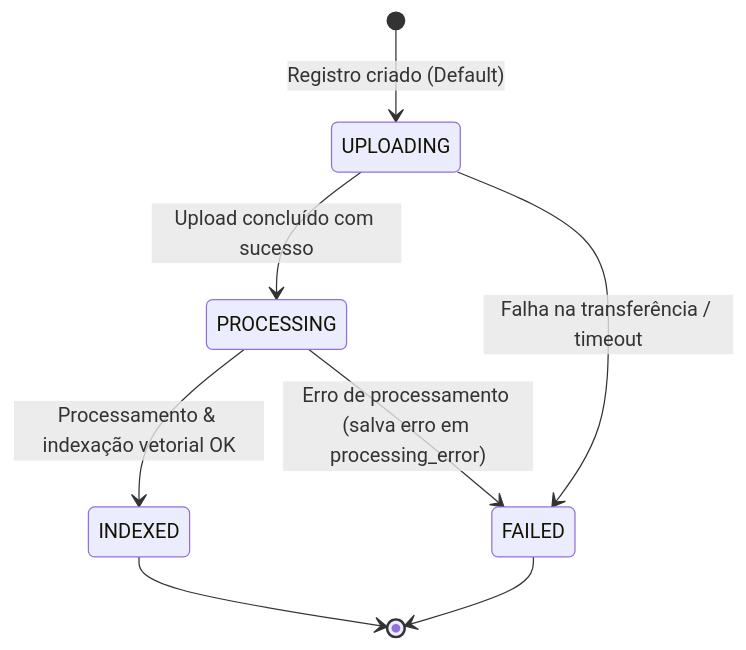
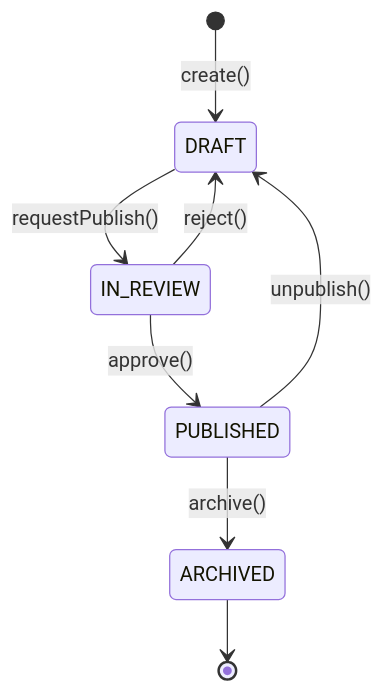
The first of 3 diagrams in _reversa_sdd/state-machines.md (Tavaressan/delphos), drawn with Mermaid before and after one commit. The commit also changed other lines of this file and 62 other files, not shown here.

````diff
--- a/_reversa_sdd/state-machines.md
+++ b/_reversa_sdd/state-machines.md
@@ -29,13 +13,10 @@
 ```mermaid
 stateDiagram-v2
-    [*] --> UPLOADING : Registro criado (Default)
-    
-    UPLOADING --> PROCESSING : Upload concluído com sucesso
-    UPLOADING --> FAILED : Falha na transferência / timeout
-    
-    PROCESSING --> INDEXED : Processamento & indexação vetorial OK
-    PROCESSING --> FAILED : Erro de processamento (salva erro em processing_error)
-    
-    INDEXED --> [*]
-    FAILED --> [*]
+    [*] --> DRAFT: create()
+    DRAFT --> IN_REVIEW: requestPublish()
+    IN_REVIEW --> PUBLISHED: approve()
+    IN_REVIEW --> DRAFT: reject()
+    PUBLISHED --> DRAFT: unpublish()
+    PUBLISHED --> ARCHIVED: archive()
+    ARCHIVED --> [*]
 ```
````
